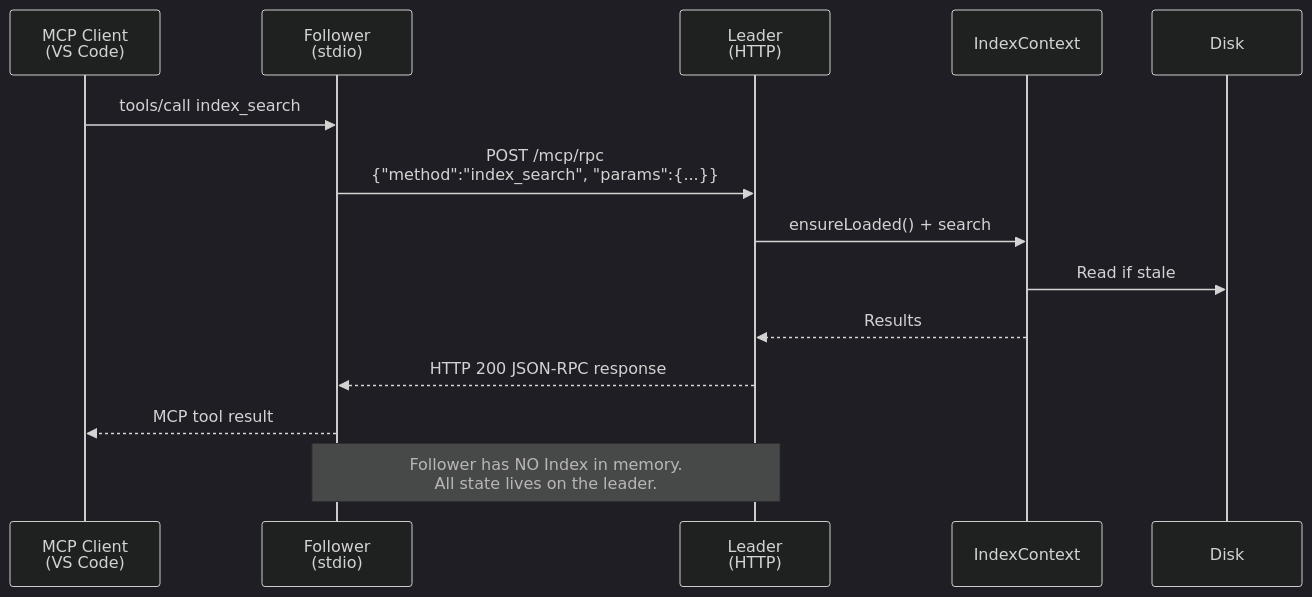
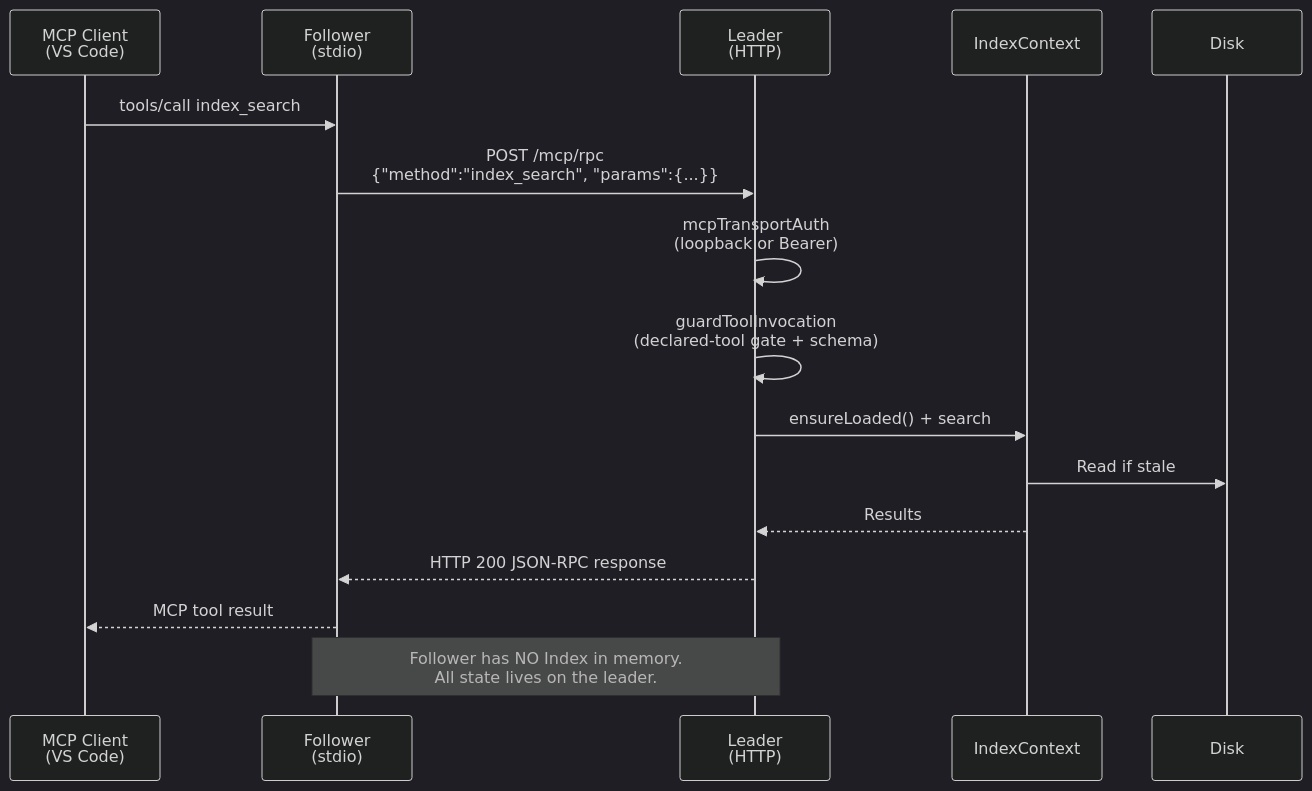
One commit to jagilber-org/index-server changed the seventh of 14 diagrams in docs/multi_instance_design.md. Above: the diagram before and after it, drawn with Mermaid (dark theme). The commit also changed other lines of this file and 388 other files, not shown here.

````diff
--- a/docs/multi_instance_design.md
+++ b/docs/multi_instance_design.md
@@ -248,22 +264,24 @@
 ```mermaid
 ---
 config:
     layout: elk
 ---
 sequenceDiagram
     participant Client as MCP Client<br/>(VS Code)
     participant Follower as Follower<br/>(stdio)
     participant Leader as Leader<br/>(HTTP)
     participant Index as IndexContext
     participant Disk as Disk
 
     Client->>Follower: tools/call index_search
     Follower->>Leader: POST /mcp/rpc<br/>{"method":"index_search", "params":{...}}
+    Leader->>Leader: mcpTransportAuth<br/>(loopback or Bearer)
+    Leader->>Leader: guardToolInvocation<br/>(declared-tool gate + schema)
     Leader->>Index: ensureLoaded() + search
     Index->>Disk: Read if stale
     Index-->>Leader: Results
     Leader-->>Follower: HTTP 200 JSON-RPC response
     Follower-->>Client: MCP tool result
 
     Note over Follower,Leader: Follower has NO Index in memory.<br/>All state lives on the leader.
 ```
````
